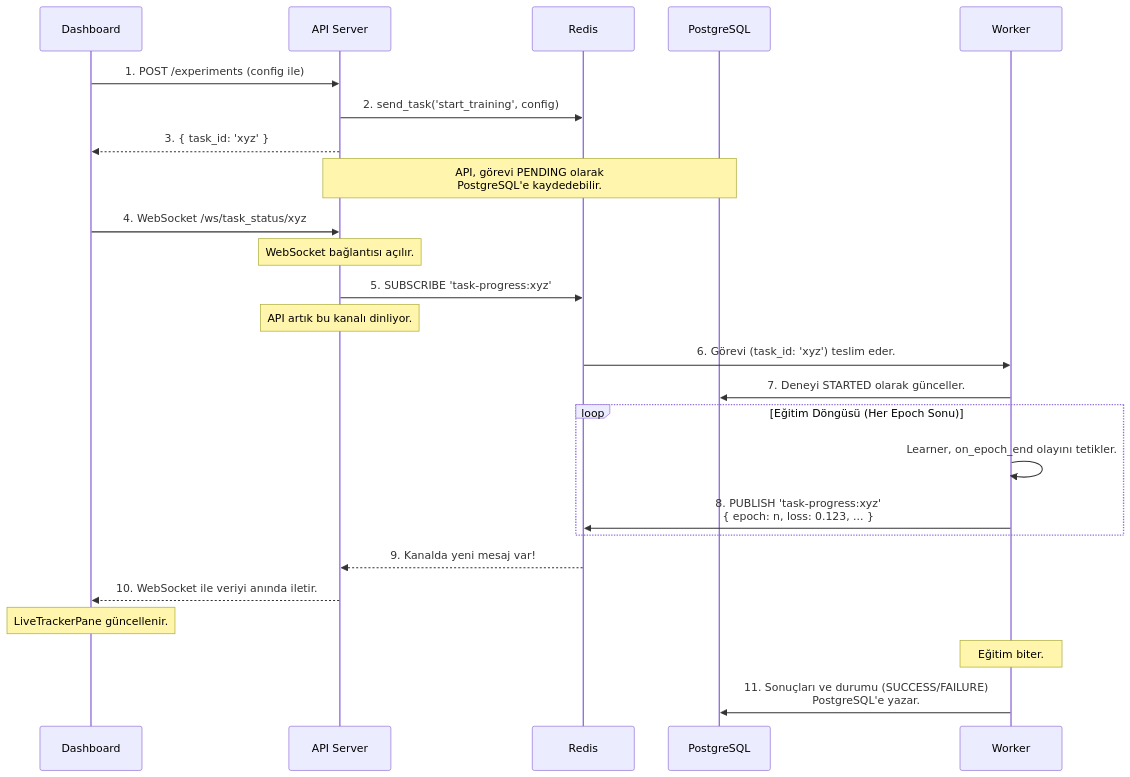
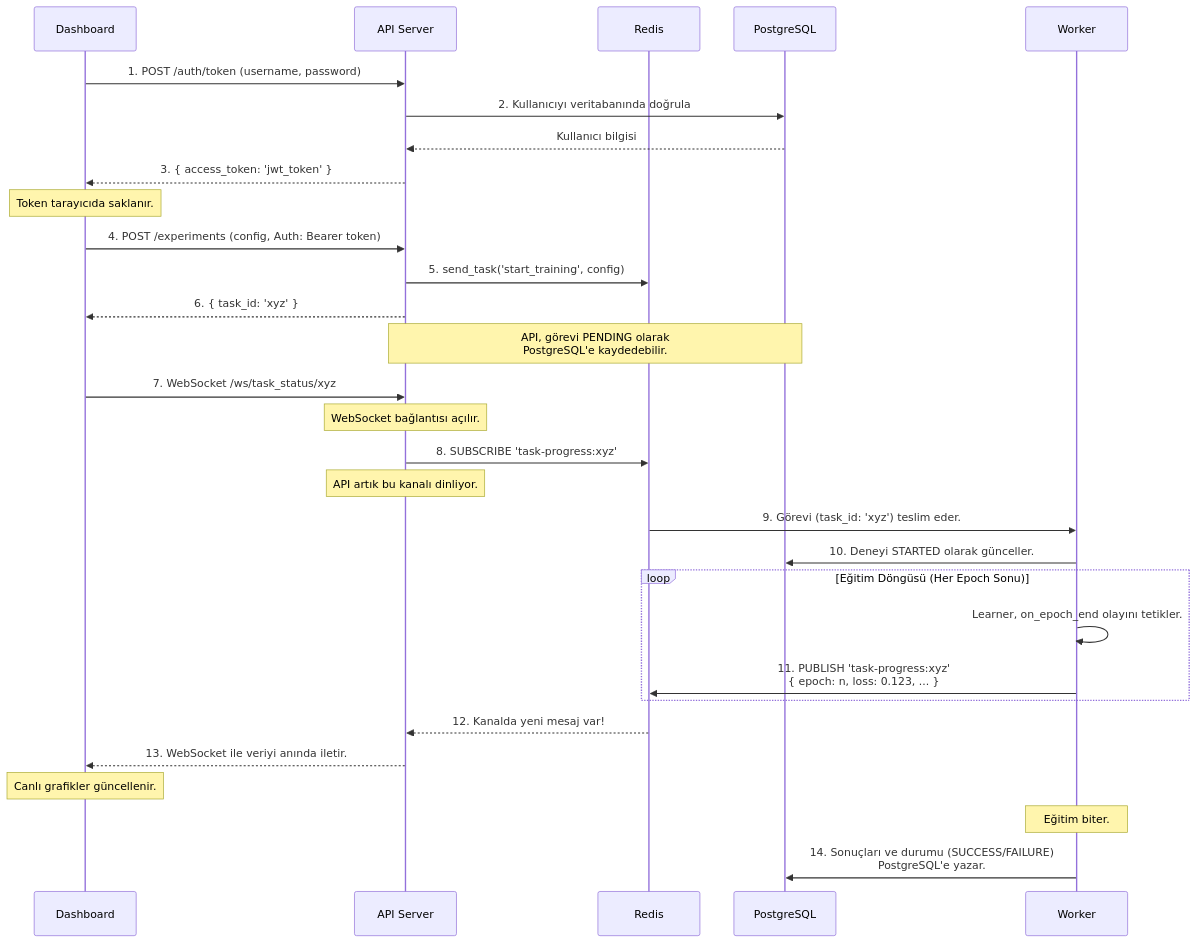
Before and after one commit to AzuraForge/platform: the diagram in docs/ARCHITECTURE.md, drawn with Mermaid. The commit also changed other lines of this file and 4 other files, not shown here.

First line of the commit message:
docs(platform): Update documentation to reflect JWT auth implementation

````diff
--- a/docs/ARCHITECTURE.md
+++ b/docs/ARCHITECTURE.md
@@ -23,34 +23,42 @@
 ```mermaid
 sequenceDiagram
     participant D as Dashboard
     participant A as API Server
     participant R as Redis
     participant P as PostgreSQL
     participant W as Worker
 
-    D->>A: 1. POST /experiments (config ile)
-    A->>R: 2. send_task('start_training', config)
-    A-->>D: 3. { task_id: 'xyz' }
+    %% 1. Adım: Kimlik Doğrulama
+    D->>A: 1. POST /auth/token (username, password)
+    A->>P: 2. Kullanıcıyı veritabanında doğrula
+    P-->>A: Kullanıcı bilgisi
+    A-->>D: 3. { access_token: 'jwt_token' }
+    Note over D: Token tarayıcıda saklanır.
+
+    %% 2. Adım: Korunmuş Endpoint'e İstek
+    D->>A: 4. POST /experiments (config, Auth: Bearer token)
+    A->>R: 5. send_task('start_training', config)
+    A-->>D: 6. { task_id: 'xyz' }
 
     Note over A, P: API, görevi PENDING olarak<br/>PostgreSQL'e kaydedebilir.
 
-    D->>A: 4. WebSocket /ws/task_status/xyz
+    D->>A: 7. WebSocket /ws/task_status/xyz
     Note over A: WebSocket bağlantısı açılır.
-    A->>R: 5. SUBSCRIBE 'task-progress:xyz'
+    A->>R: 8. SUBSCRIBE 'task-progress:xyz'
     Note over A: API artık bu kanalı dinliyor.
 
-    R->>W: 6. Görevi (task_id: 'xyz') teslim eder.
-    W->>P: 7. Deneyi STARTED olarak günceller.
+    R->>W: 9. Görevi (task_id: 'xyz') teslim eder.
+    W->>P: 10. Deneyi STARTED olarak günceller.
     
     loop Eğitim Döngüsü (Her Epoch Sonu)
         W->>W: Learner, on_epoch_end olayını tetikler.
-        W->>R: 8. PUBLISH 'task-progress:xyz'<br/>{ epoch: n, loss: 0.123, ... }
+        W->>R: 11. PUBLISH 'task-progress:xyz'<br/>{ epoch: n, loss: 0.123, ... }
     end
 
-    R-->>A: 9. Kanalda yeni mesaj var!
-    A-->>D: 10. WebSocket ile veriyi anında iletir.
-    Note over D: LiveTrackerPane güncellenir.
+    R-->>A: 12. Kanalda yeni mesaj var!
+    A-->>D: 13. WebSocket ile veriyi anında iletir.
+    Note over D: Canlı grafikler güncellenir.
     
     Note over W: Eğitim biter.
-    W->>P: 11. Sonuçları ve durumu (SUCCESS/FAILURE)<br/>PostgreSQL'e yazar.
+    W->>P: 14. Sonuçları ve durumu (SUCCESS/FAILURE)<br/>PostgreSQL'e yazar.
 ```
````
